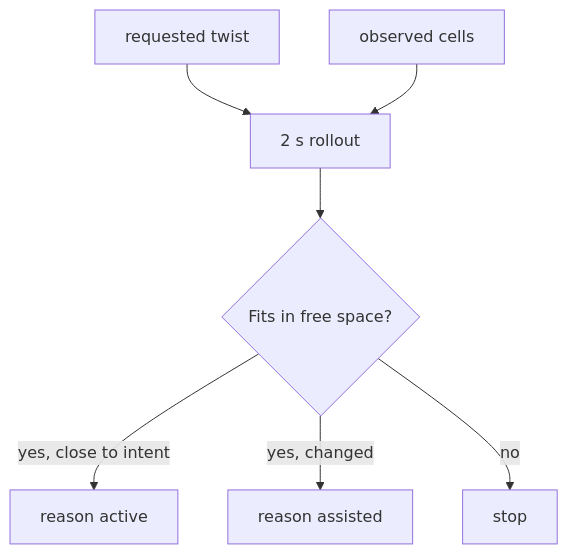
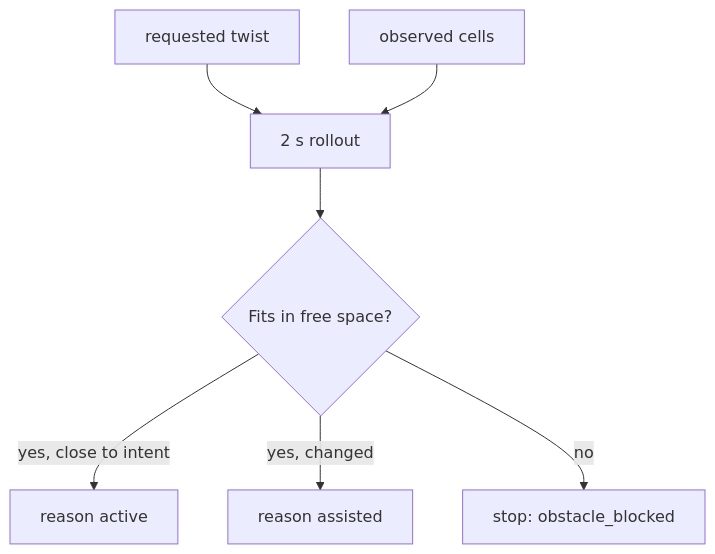
Before and after one commit to Super-Yojan/Terra: the diagram in docs/crates/terra-navigation.md, drawn with Mermaid. The commit also changed other lines of this file and 60 other files, not shown here.

````diff
--- a/docs/crates/terra-navigation.md
+++ b/docs/crates/terra-navigation.md
@@ -17,9 +17,9 @@
 ```mermaid
 flowchart TD
   Intent[requested twist] --> Roll[2 s rollout]
   Grid[observed cells] --> Roll
   Roll --> Ok{Fits in free space?}
   Ok -->|yes, close to intent| Active[reason active]
   Ok -->|yes, changed| Assisted[reason assisted]
-  Ok -->|no| Stop[stop]
+  Ok -->|no| Stop[stop: obstacle_blocked]
 ```
````
